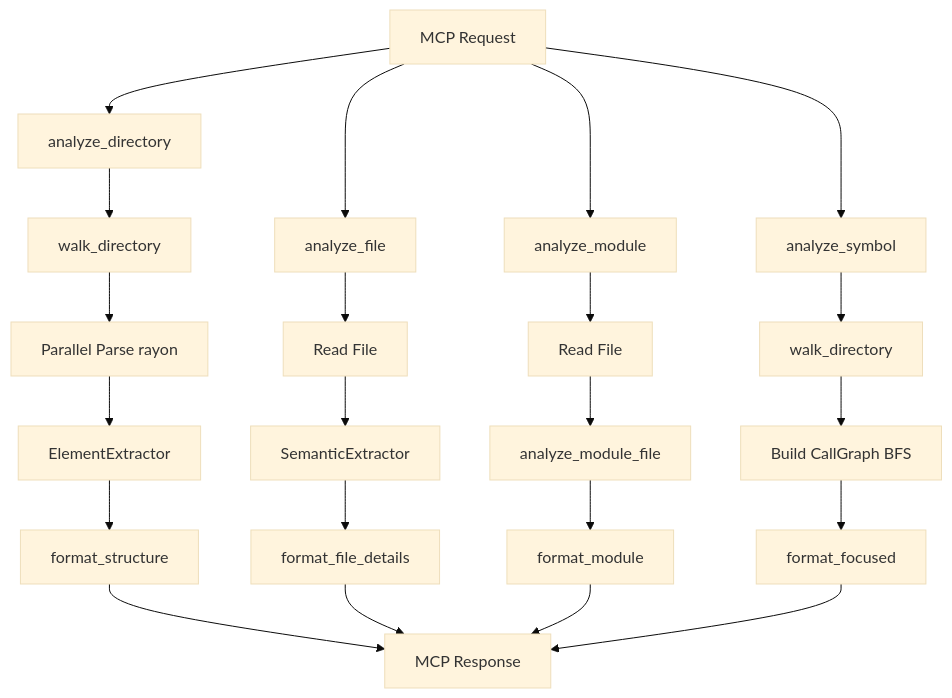
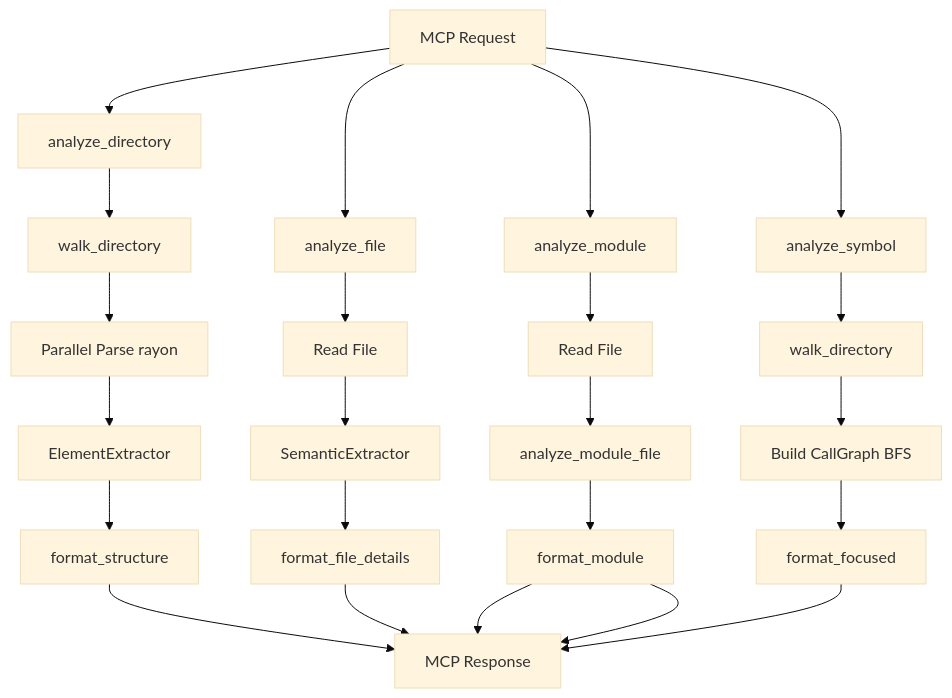
Before and after one commit to clouatre-labs/code-analyze-mcp: the diagram in docs/ARCHITECTURE.md, drawn with Mermaid (base theme). The commit also changed other lines of this file and 1 other file, not shown here.

First line of the commit message:
docs: sync README and ARCHITECTURE with current codebase (#319)

````diff
--- a/docs/ARCHITECTURE.md
+++ b/docs/ARCHITECTURE.md
@@ -34,24 +39,25 @@
 ```mermaid
 graph TD
     A["MCP Request"] --> B1["analyze_directory"]
     A --> B2["analyze_file"]
     A --> B4["analyze_module"]
     A --> B3["analyze_symbol"]
     B1 --> M["walk_directory"]
     M --> N["Parallel Parse rayon"]
     N --> O["ElementExtractor"]
     O --> P["format_structure"]
     B2 --> J["Read File"]
     J --> K["SemanticExtractor"]
     K --> L["format_file_details"]
     B4 --> R["Read File"]
     R --> S["analyze_module_file"]
     S --> T["format_module"]
+    T --> Q["MCP Response"]
     B3 --> G["walk_directory"]
     G --> H["Build CallGraph BFS"]
     H --> I["format_focused"]
     P --> Q["MCP Response"]
     L --> Q
     T --> Q
     I --> Q
 ```
````
